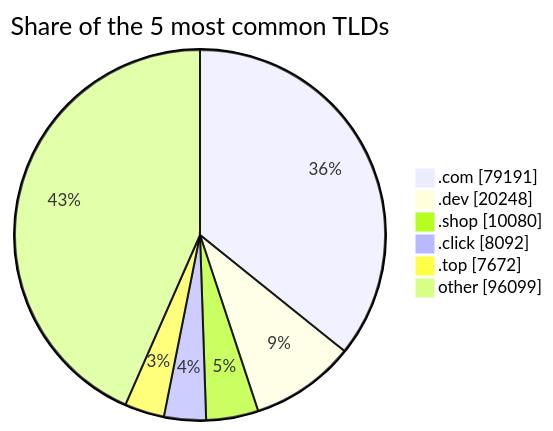
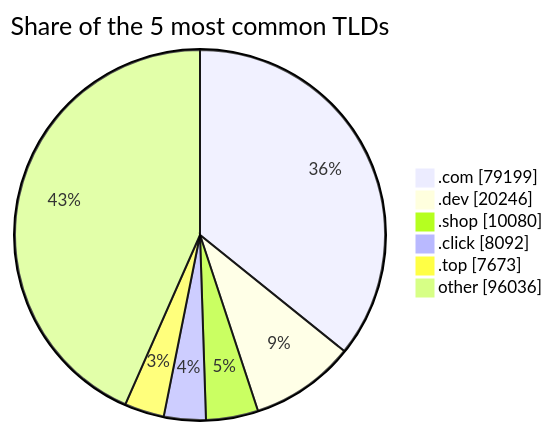
One commit to DNSBunker/CTI changed the third of 3 diagrams in README.md. Above: the diagram before and after it, drawn with Mermaid. The commit also changed other lines of this file and 3 other files, not shown here.

````diff
--- a/README.md
+++ b/README.md
@@ -81,9 +81,9 @@
 ```mermaid
 pie showData title Share of the 5 most common TLDs
-    ".com" : 79191
-    ".dev" : 20248
+    ".com" : 79199
+    ".dev" : 20246
     ".shop" : 10080
     ".click" : 8092
-    ".top" : 7672
-    "other" : 96099
+    ".top" : 7673
+    "other" : 96036
 ```
````
